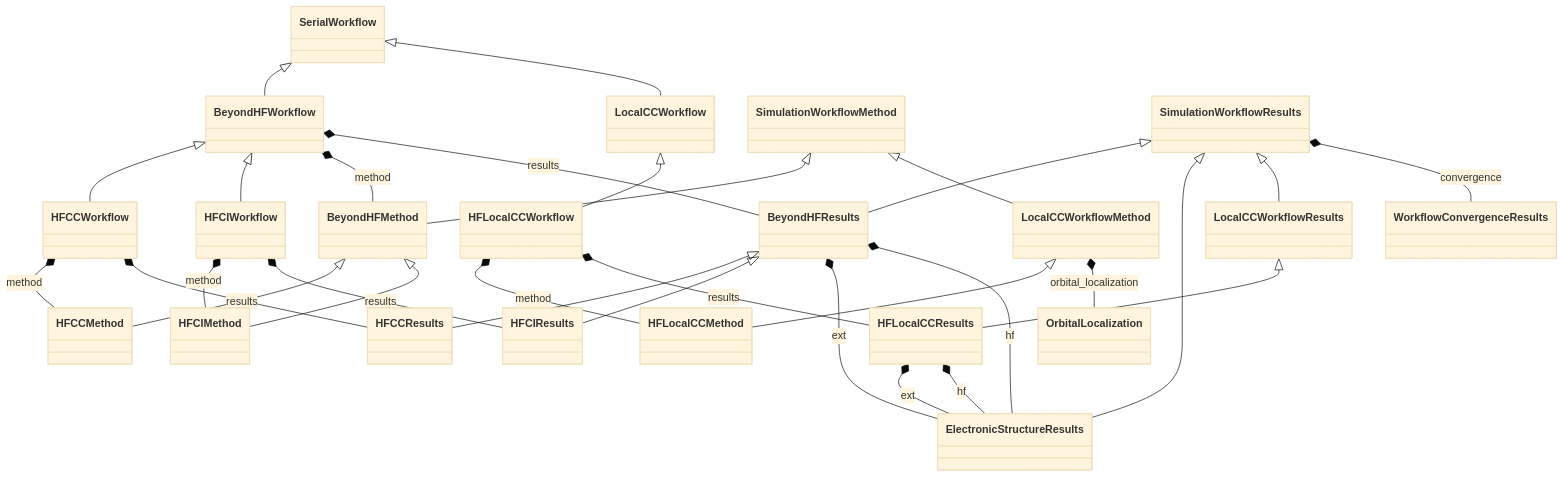
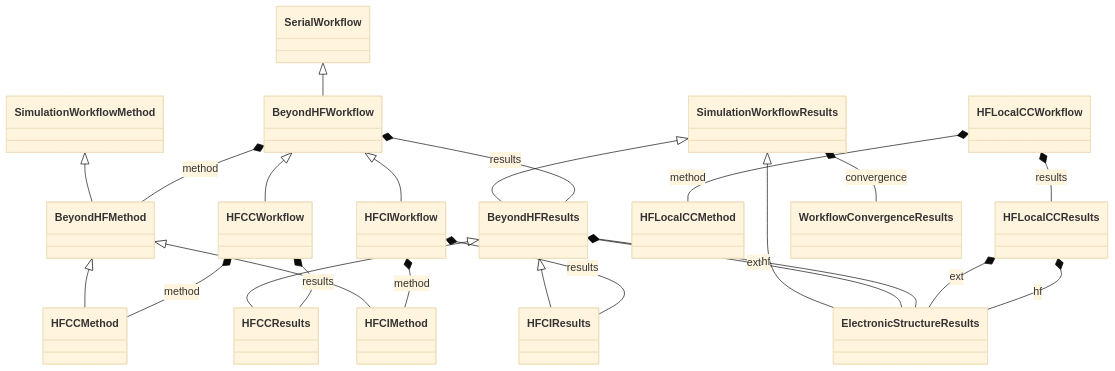
Before and after one commit to FAIRmat-NFDI/nomad-simulations: the diagram in docs/schema/workflow_beyond_hf.diagram.md, drawn with Mermaid (base theme). The commit also changed 36 other files, not shown here.

````diff
--- a/docs/schema/workflow_beyond_hf.diagram.md
+++ b/docs/schema/workflow_beyond_hf.diagram.md
@@ -14,54 +14,60 @@
 ```mermaid
 classDiagram
-    class BeyondHFMethod
-    class BeyondHFResults
-    class BeyondHFWorkflow
-    class ElectronicStructureResults
-    class HFCCMethod
-    class HFCCResults
-    class HFCCWorkflow
-    class HFCIMethod
-    class HFCIResults
-    class HFCIWorkflow
-    class HFLocalCCMethod
-    class HFLocalCCResults
-    class HFLocalCCWorkflow
-    class LocalCCWorkflow
-    class LocalCCWorkflowMethod
-    class LocalCCWorkflowResults
-    class OrbitalLocalization
-    class SerialWorkflow
-    class SimulationWorkflowMethod
-    class SimulationWorkflowResults
-    class WorkflowConvergenceResults
+    class BeyondHFMethod {
+    }
+    class BeyondHFResults {
+    }
+    class BeyondHFWorkflow {
+    }
+    class ElectronicStructureResults {
+    }
+    class HFCCMethod {
+    }
+    class HFCCResults {
+    }
+    class HFCCWorkflow {
+    }
+    class HFCIMethod {
+    }
+    class HFCIResults {
+    }
+    class HFCIWorkflow {
+    }
+    class HFLocalCCMethod {
+    }
+    class HFLocalCCResults {
+    }
+    class HFLocalCCWorkflow {
+    }
+    class SerialWorkflow {
+    }
+    class SimulationWorkflowMethod {
+    }
+    class SimulationWorkflowResults {
+    }
+    class WorkflowConvergenceResults {
+    }
     SimulationWorkflowMethod <|-- BeyondHFMethod
     SimulationWorkflowResults <|-- BeyondHFResults
     SerialWorkflow <|-- BeyondHFWorkflow
     SimulationWorkflowResults <|-- ElectronicStructureResults
     BeyondHFMethod <|-- HFCCMethod
     BeyondHFResults <|-- HFCCResults
     BeyondHFWorkflow <|-- HFCCWorkflow
     BeyondHFMethod <|-- HFCIMethod
     BeyondHFResults <|-- HFCIResults
     BeyondHFWorkflow <|-- HFCIWorkflow
     BeyondHFResults *-- ElectronicStructureResults : ext
     BeyondHFResults *-- ElectronicStructureResults : hf
     BeyondHFWorkflow *-- BeyondHFMethod : method
     BeyondHFWorkflow *-- BeyondHFResults : results
     HFCCWorkflow *-- HFCCMethod : method
     HFCCWorkflow *-- HFCCResults : results
     HFCIWorkflow *-- HFCIMethod : method
     HFCIWorkflow *-- HFCIResults : results
-    SimulationWorkflowMethod <|-- LocalCCWorkflowMethod
-    SimulationWorkflowResults <|-- LocalCCWorkflowResults
-    SerialWorkflow <|-- LocalCCWorkflow
-    LocalCCWorkflowMethod <|-- HFLocalCCMethod
-    LocalCCWorkflowResults <|-- HFLocalCCResults
-    LocalCCWorkflow <|-- HFLocalCCWorkflow
-    LocalCCWorkflowMethod *-- OrbitalLocalization : orbital_localization
     HFLocalCCResults *-- ElectronicStructureResults : ext
     HFLocalCCResults *-- ElectronicStructureResults : hf
     HFLocalCCWorkflow *-- HFLocalCCMethod : method
     HFLocalCCWorkflow *-- HFLocalCCResults : results
     SimulationWorkflowResults *-- WorkflowConvergenceResults : convergence
 ```
````
